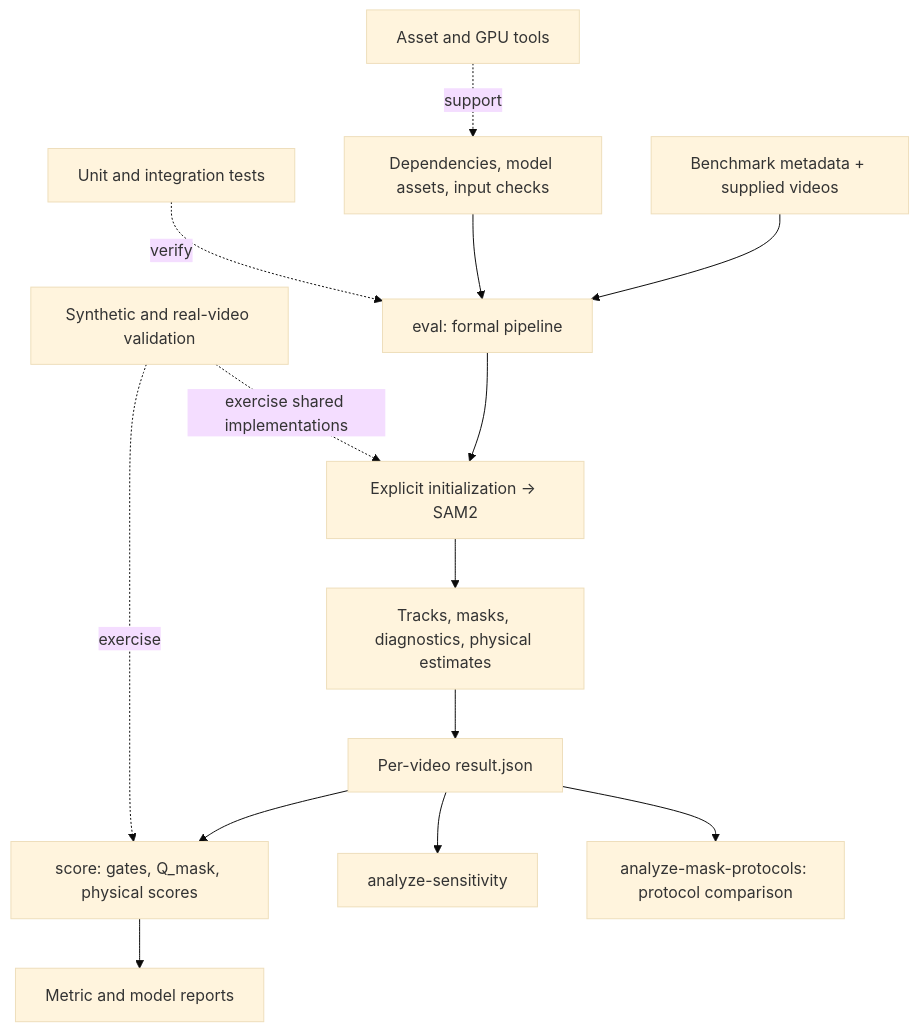
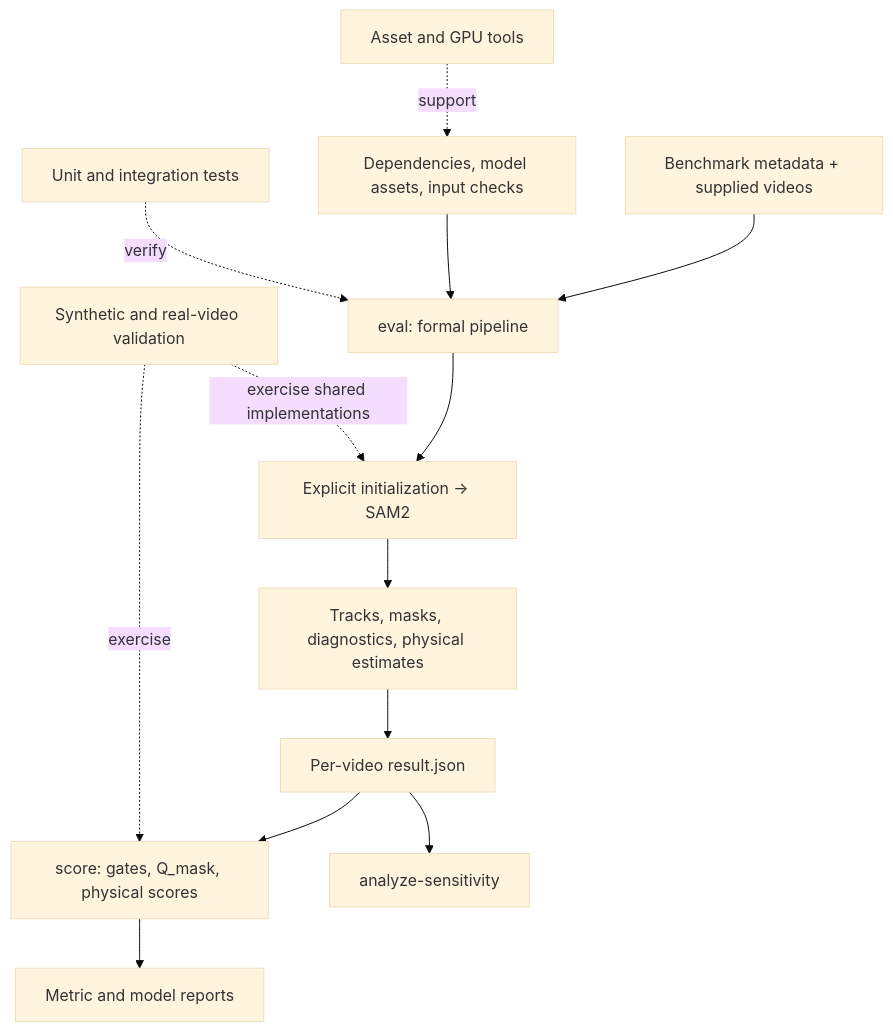
One commit to Cryptic0429/PhysEval changed the diagram in docs/ARCHITECTURE.md. Above: the diagram before and after it, drawn with Mermaid (base theme). The commit also changed other lines of this file and 22 other files, not shown here.

````diff
--- a/docs/ARCHITECTURE.md
+++ b/docs/ARCHITECTURE.md
@@ -7,16 +7,15 @@
 ```mermaid
 flowchart TD
     B["Benchmark metadata + supplied videos"] --> E["eval: formal pipeline"]
     A["Dependencies, model assets, input checks"] --> E
     E --> T["Explicit initialization → SAM2"]
     T --> M["Tracks, masks, diagnostics, physical estimates"]
     M --> R["Per-video result.json"]
     R --> S["score: gates, Q_mask, physical scores"]
     S --> O["Metric and model reports"]
     R --> SA["analyze-sensitivity"]
-    R --> HA["analyze-mask-protocols: protocol comparison"]
     V["Synthetic and real-video validation"] -.exercise shared implementations.-> T
     V -.exercise.-> S
     U["Unit and integration tests"] -.verify.-> E
     MA["Asset and GPU tools"] -.support.-> A
 ```
````
